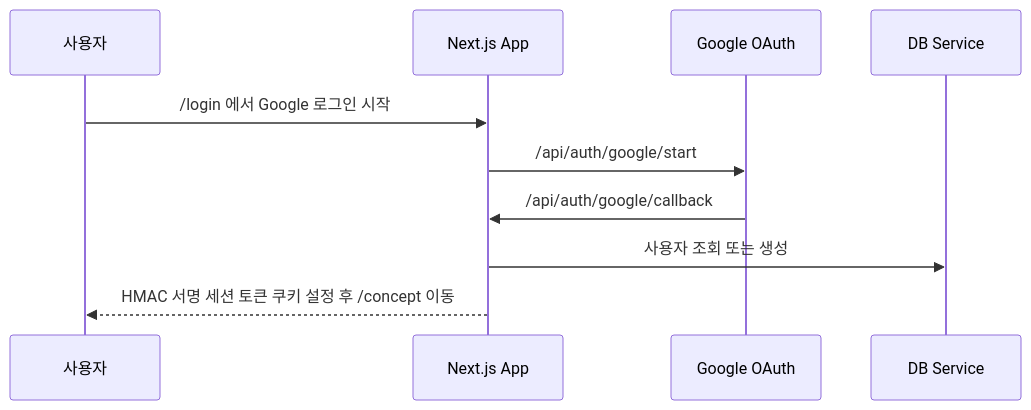
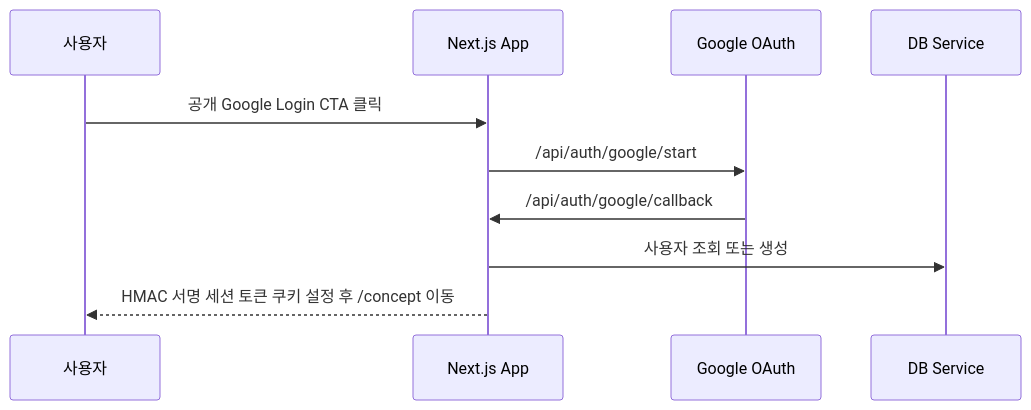
One commit to MCuffs/snsagent changed the second of 7 diagrams in SYSTEM_ARCHITECTURE.md. Above: the diagram before and after it, drawn with Mermaid. The commit also changed other lines of this file and 25 other files, not shown here.

````diff
--- a/SYSTEM_ARCHITECTURE.md
+++ b/SYSTEM_ARCHITECTURE.md
@@ -51,13 +53,13 @@
 ```mermaid
 sequenceDiagram
     participant U as 사용자
     participant A as Next.js App
     participant G as Google OAuth
     participant D as DB Service
 
-    U->>A: /login 에서 Google 로그인 시작
+    U->>A: 공개 Google Login CTA 클릭
     A->>G: /api/auth/google/start
     G->>A: /api/auth/google/callback
     A->>D: 사용자 조회 또는 생성
     A-->>U: HMAC 서명 세션 토큰 쿠키 설정 후 /concept 이동
 ```
````
